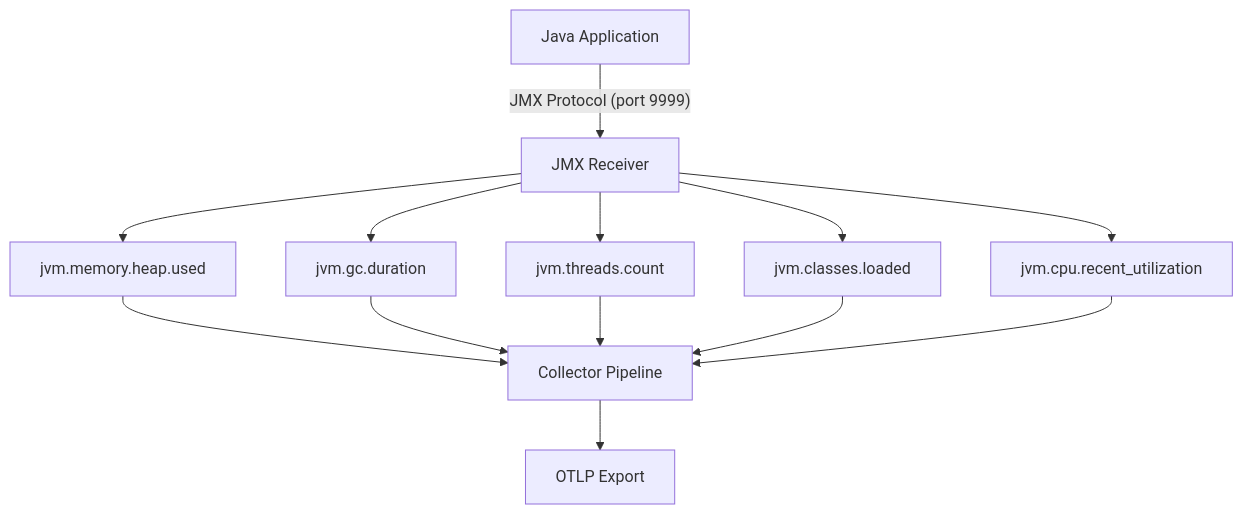
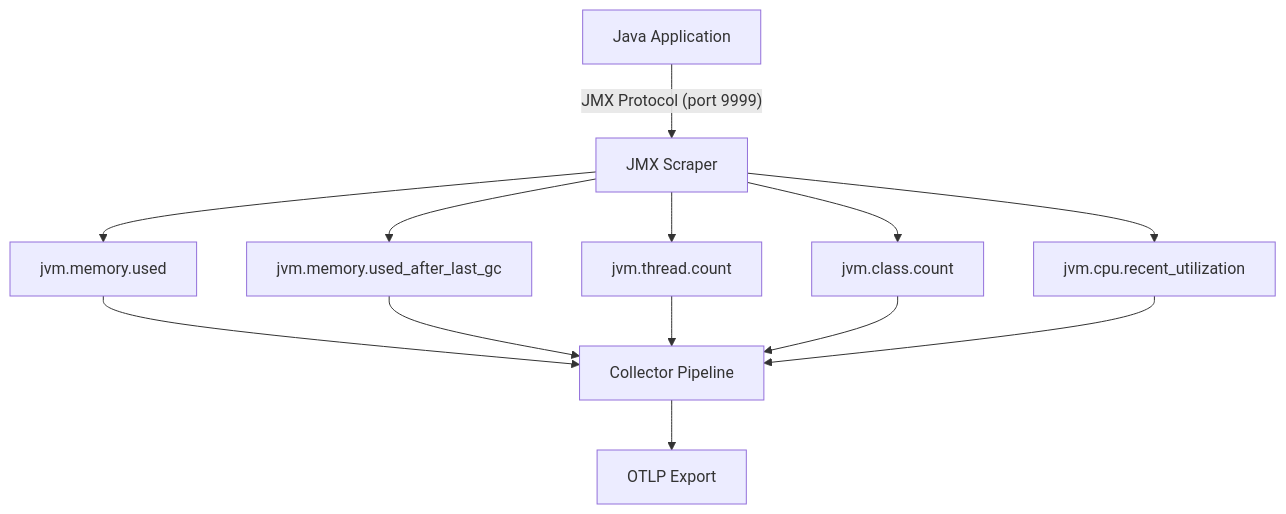
One commit to OneUptime/blog changed the diagram in posts/2026-02-06-collect-jvm-metrics-jmx-receiver-collector/README.md. Above: the diagram before and after it, drawn with Mermaid. The commit also changed other lines of this file and 2 other files, not shown here.

Commit message:
validate: 2026-02-06-collect-jvm-metrics-jmx-receiver-collector

````diff
--- a/posts/2026-02-06-collect-jvm-metrics-jmx-receiver-collector/README.md
+++ b/posts/2026-02-06-collect-jvm-metrics-jmx-receiver-collector/README.md
@@ -29,15 +29,15 @@
 ```mermaid
 flowchart TD
-    A["Java Application"] -->|"JMX Protocol (port 9999)"| B["JMX Receiver"]
-    B --> C["jvm.memory.heap.used"]
-    B --> D["jvm.gc.duration"]
-    B --> E["jvm.threads.count"]
-    B --> F["jvm.classes.loaded"]
+    A["Java Application"] -->|"JMX Protocol (port 9999)"| B["JMX Scraper"]
+    B --> C["jvm.memory.used"]
+    B --> D["jvm.memory.used_after_last_gc"]
+    B --> E["jvm.thread.count"]
+    B --> F["jvm.class.count"]
     B --> G["jvm.cpu.recent_utilization"]
     C --> H["Collector Pipeline"]
     D --> H
     E --> H
     F --> H
     G --> H
     H --> I["OTLP Export"]
 ```
````
